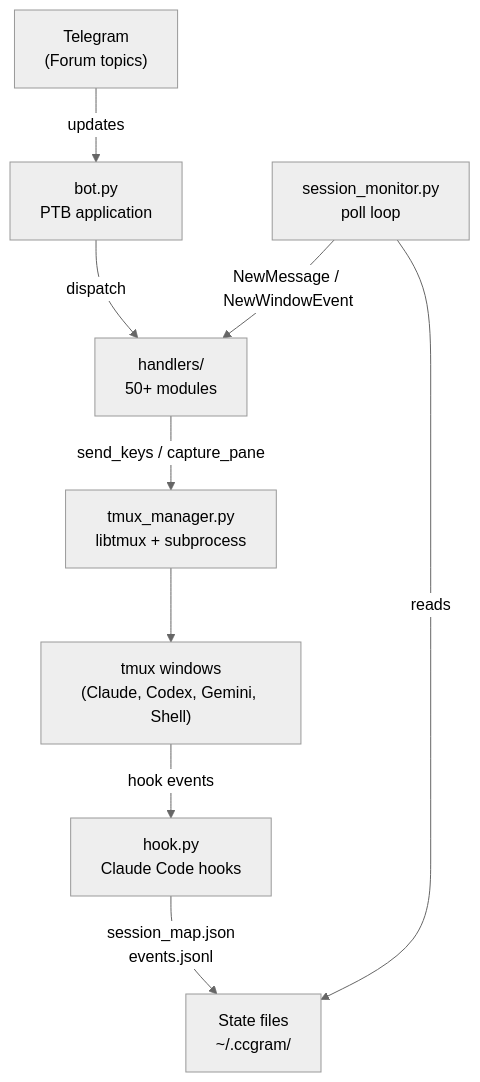
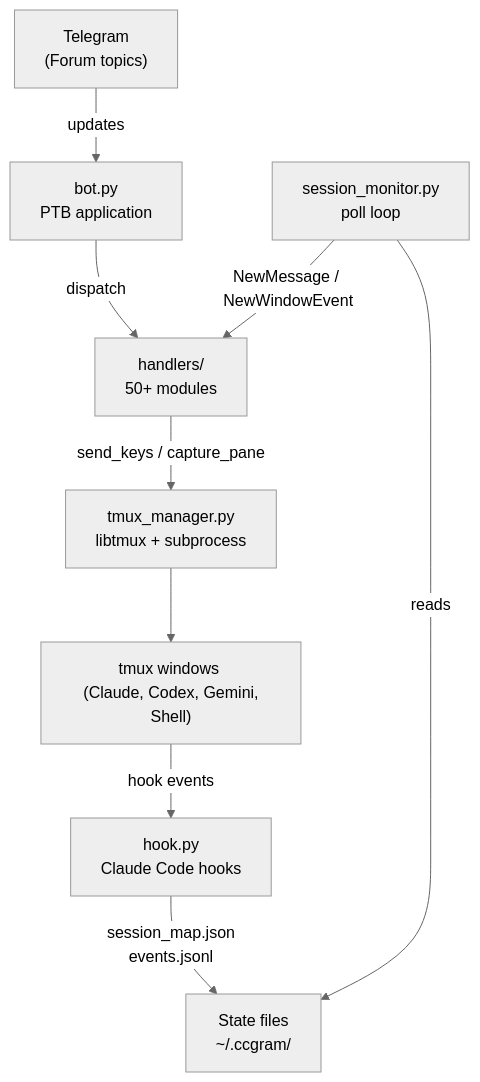
The first of 10 diagrams in docs/architecture.md (alexei-led/ccbot), drawn with Mermaid (neutral theme) before and after one commit. The commit also changed other lines of this file, not shown here.

Commit message:
docs: replace \n with <br> in Mermaid node labels in architecture.md

````diff
--- a/docs/architecture.md
+++ b/docs/architecture.md
@@ -9,20 +9,20 @@
 ```mermaid
 graph TB
-    Telegram["Telegram\n(Forum topics)"]
-    Bot["bot.py\nPTB application"]
-    Handlers["handlers/\n50+ modules"]
-    TmuxMgr["tmux_manager.py\nlibtmux + subprocess"]
-    Windows["tmux windows\n(Claude, Codex, Gemini, Shell)"]
-    Hook["hook.py\nClaude Code hooks"]
-    Monitor["session_monitor.py\npoll loop"]
-    State["State files\n~/.ccgram/"]
+    Telegram["Telegram<br>(Forum topics)"]
+    Bot["bot.py<br>PTB application"]
+    Handlers["handlers/<br>50+ modules"]
+    TmuxMgr["tmux_manager.py <br> libtmux + subprocess"]
+    Windows["tmux windows <br> (Claude, Codex, Gemini, Shell)"]
+    Hook["hook.py<br>Claude Code hooks"]
+    Monitor["session_monitor.py<br>poll loop"]
+    State["State files<br>~/.ccgram/"]
 
     Telegram -- "updates" --> Bot
     Bot -- "dispatch" --> Handlers
     Handlers -- "send_keys / capture_pane" --> TmuxMgr
     TmuxMgr --> Windows
     Windows -- "hook events" --> Hook
-    Hook -- "session_map.json\nevents.jsonl" --> State
+    Hook -- "session_map.json<br>events.jsonl" --> State
     Monitor -- "reads" --> State
     Monitor -- "NewMessage / NewWindowEvent" --> Handlers
 ```
````
